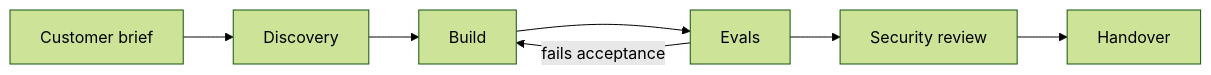
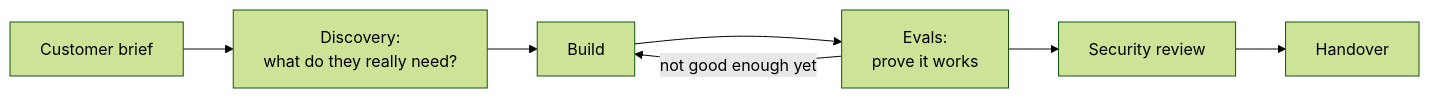
Before and after one commit to darolution/FDE-Training: the diagram in docs/index.md, drawn with Mermaid (forest theme). The commit also changed other lines of this file and 74 other files, not shown here.

````diff
--- a/docs/index.md
+++ b/docs/index.md
@@ -12,9 +14,9 @@
 ```mermaid
 flowchart LR
-    A[Customer brief] --> B[Discovery]
+    A[Customer brief] --> B[Discovery:<br/>what do they really need?]
     B --> C[Build]
-    C --> D[Evals]
+    C --> D[Evals:<br/>prove it works]
     D --> E[Security review]
     E --> F[Handover]
-    D -- "fails acceptance" --> C
+    D -- "not good enough yet" --> C
 ```
````
